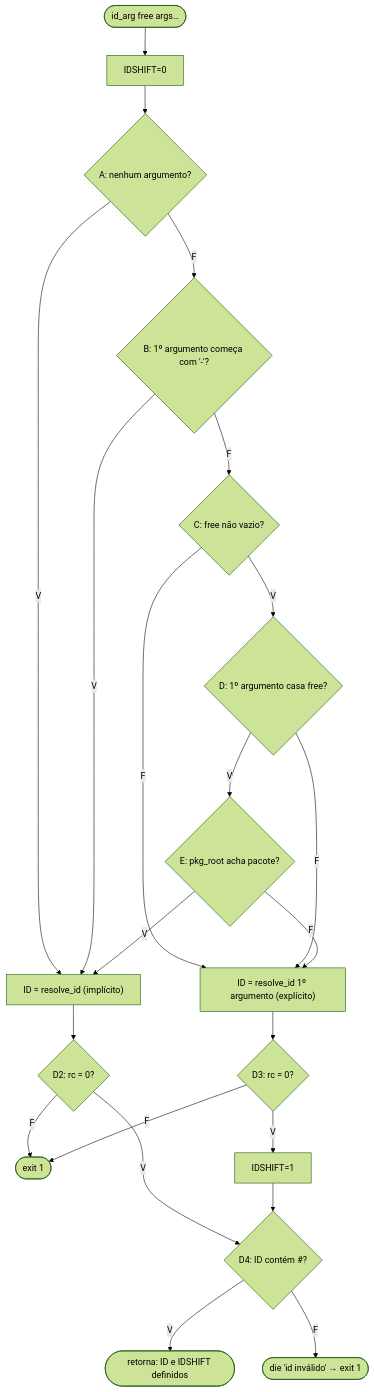
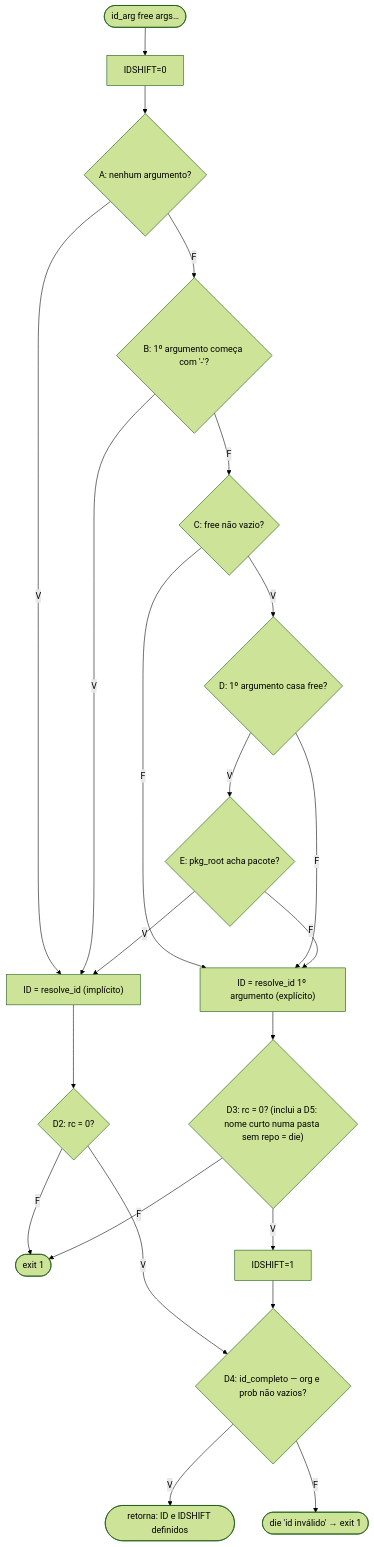
The diagram in Test_Eduardo/testes-eduardo-m10.md (Testes-Software-G11-26-2/moj-cli), drawn with Mermaid (forest theme) before and after one commit. The commit also changed other lines of this file and 62 other files, not shown here.

````diff
--- a/Test_Eduardo/testes-eduardo-m10.md
+++ b/Test_Eduardo/testes-eduardo-m10.md
@@ -96,23 +112,23 @@
 ```mermaid
 flowchart TD
   S(["id_arg free args…"]) --> I["IDSHIFT=0"]
   I --> A{"A: nenhum argumento?"}
   A -- V --> IMP
   A -- F --> B{"B: 1º argumento começa com '-'?"}
   B -- V --> IMP
   B -- F --> C{"C: free não vazio?"}
   C -- F --> EXP
   C -- V --> D{"D: 1º argumento casa free?"}
   D -- F --> EXP
   D -- V --> E{"E: pkg_root acha pacote?"}
   E -- V --> IMP
   E -- F --> EXP
   IMP["ID = resolve_id (implícito)"] --> D2{"D2: rc = 0?"}
   D2 -- F --> X1(["exit 1"])
   D2 -- V --> D4
-  EXP["ID = resolve_id 1º argumento (explícito)"] --> D3{"D3: rc = 0?"}
+  EXP["ID = resolve_id 1º argumento (explícito)"] --> D3{"D3: rc = 0? (inclui a D5: nome curto numa pasta sem repo = die)"}
   D3 -- F --> X1
-  D3 -- V --> SH["IDSHIFT=1"] --> D4{"D4: ID contém #35;?"}
+  D3 -- V --> SH["IDSHIFT=1"] --> D4{"D4: id_completo — org e prob não vazios?"}
   D4 -- V --> OK(["retorna: ID e IDSHIFT definidos"])
   D4 -- F --> DIE(["die 'id inválido' → exit 1"])
 ```
````
